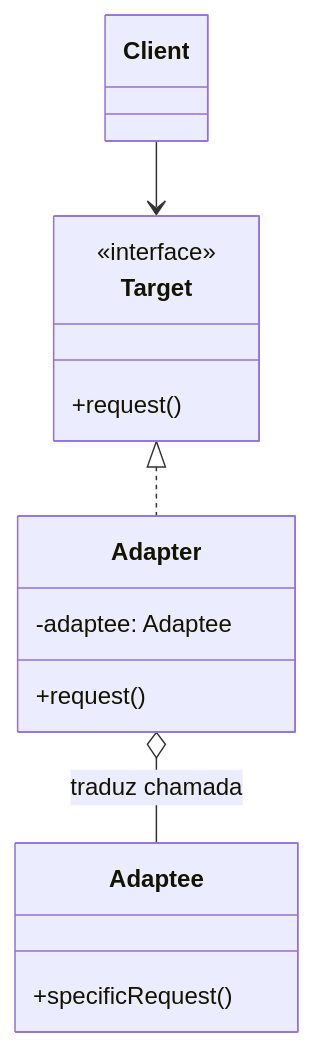
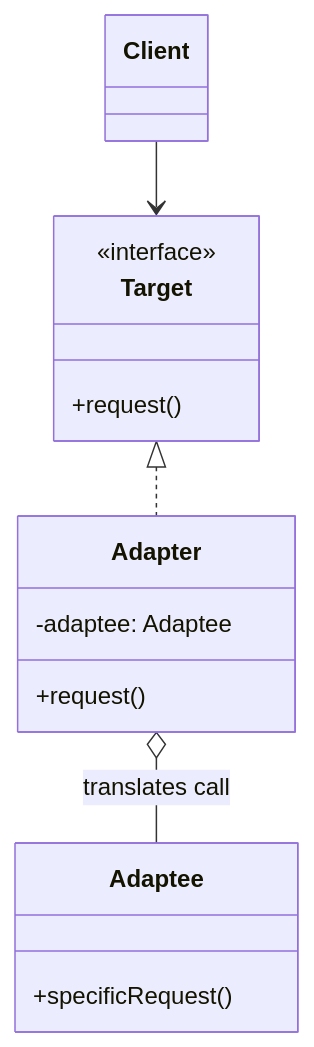
The first of 7 diagrams in knowledge/skills/engineering/patterns/dp-structural-patterns/SKILL.md (dandgabr/Coacus), drawn with Mermaid before and after one commit. The commit also changed other lines of this file and 143 other files, not shown here.

````diff
--- a/knowledge/skills/engineering/patterns/dp-structural-patterns/SKILL.md
+++ b/knowledge/skills/engineering/patterns/dp-structural-patterns/SKILL.md
@@ -17,18 +17,18 @@
 ```mermaid
 classDiagram
     class Client
     class Target {
         <<interface>>
         +request()
     }
     class Adapter {
         -adaptee: Adaptee
         +request()
     }
     class Adaptee {
         +specificRequest()
     }
     Client --> Target
     Target <|.. Adapter
-    Adapter o-- Adaptee : traduz chamada
+    Adapter o-- Adaptee : translates call
 ```
````
